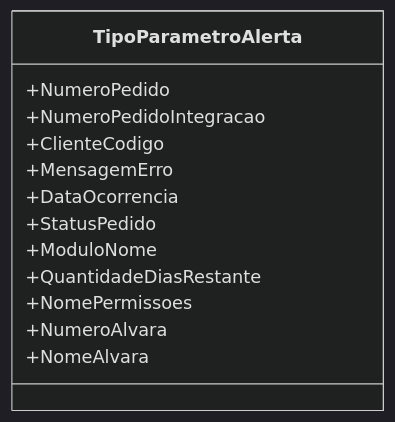
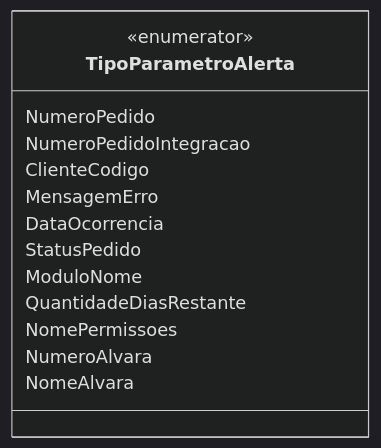
One commit to IsthmusSistemas/documentacao-tecnica changed the diagram in docs/b2b-dominio/IsthmusWinthor.Nucleo/IsthmusWinthor.Dominio/Enumeradores/TipoParametroAlerta.md. Above: the diagram before and after it, drawn with Mermaid (dark theme). The commit also changed other lines of this file and 882 other files, not shown here.

````diff
--- a/docs/b2b-dominio/IsthmusWinthor.Nucleo/IsthmusWinthor.Dominio/Enumeradores/TipoParametroAlerta.md
+++ b/docs/b2b-dominio/IsthmusWinthor.Nucleo/IsthmusWinthor.Dominio/Enumeradores/TipoParametroAlerta.md
@@ -13,16 +11,17 @@
 ```mermaid
 classDiagram
-  class TipoParametroAlerta {
-    +NumeroPedido
-    +NumeroPedidoIntegracao
-    +ClienteCodigo
-    +MensagemErro
-    +DataOcorrencia
-    +StatusPedido
-    +ModuloNome
-    +QuantidadeDiasRestante
-    +NomePermissoes
-    +NumeroAlvara
-    +NomeAlvara
-  }
+    class TipoParametroAlerta {
+        <<enumerator>>
+        NumeroPedido
+        NumeroPedidoIntegracao
+        ClienteCodigo
+        MensagemErro
+        DataOcorrencia
+        StatusPedido
+        ModuloNome
+        QuantidadeDiasRestante
+        NomePermissoes
+        NumeroAlvara
+        NomeAlvara
+    }
 ```
````
